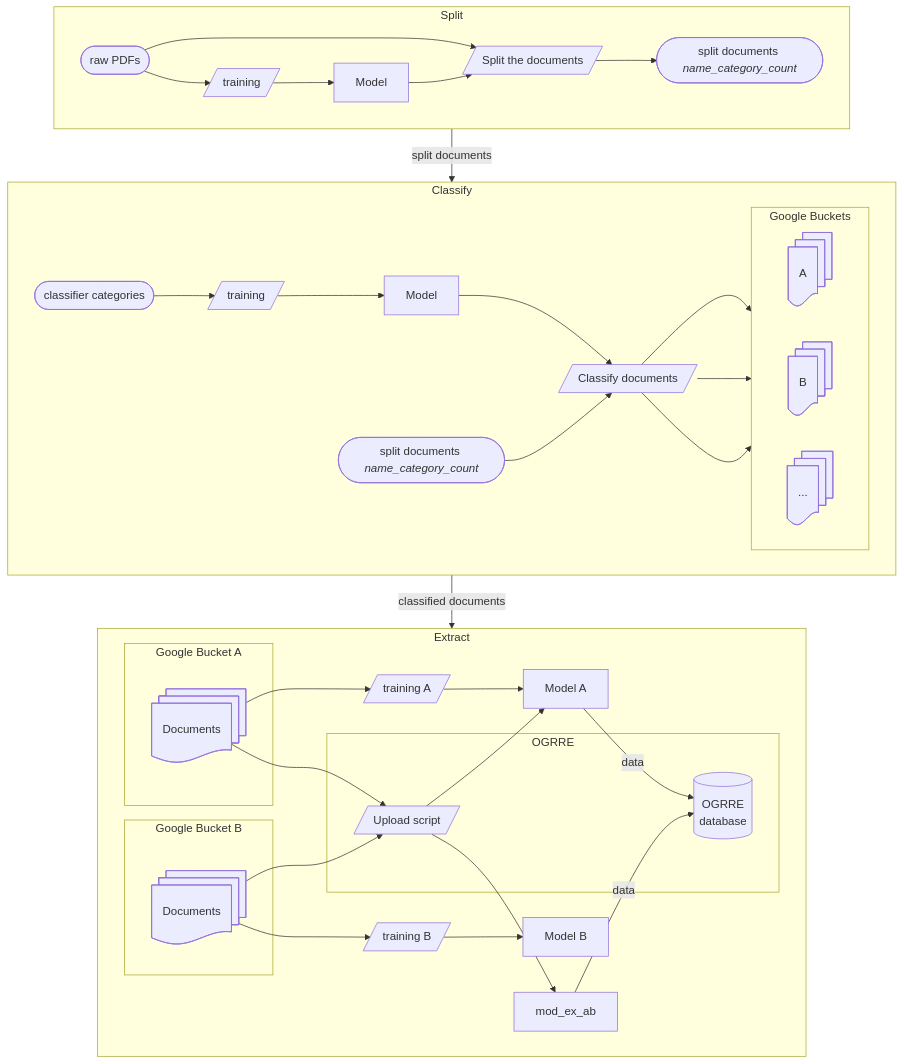
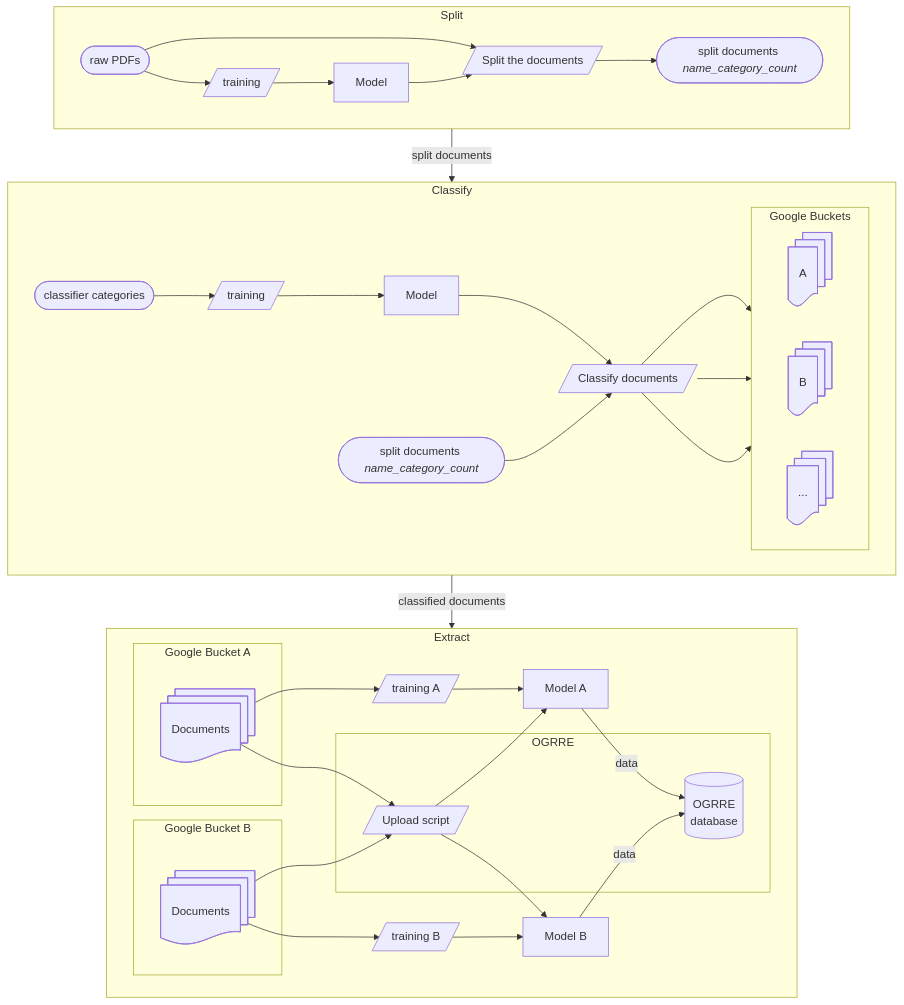
The diagram in docs/docs/processing.mdx (ltchong1/orphaned-wells-ui-doc), drawn with Mermaid before and after one commit. The commit also changed other lines of this file, not shown here.

````diff
--- a/docs/docs/processing.mdx
+++ b/docs/docs/processing.mdx
@@ -35,70 +35,70 @@
 ```mermaid
 flowchart TD
     subgraph Split
         direction LR
         doc_raw([raw PDFs])
         doc_split(["`split documents *name_category_count*`"])
         mod_split_m[Model]
         mod_split[/Split the documents/]
         mod_split_label[/training/]
 
         doc_raw --> mod_split_label --> mod_split_m
         doc_raw --> mod_split
         mod_split_m --> mod_split
         mod_split --> doc_split
     end
 
     subgraph Classify
         direction LR
         mod_class_cat([classifier categories])
         mod_class_train[/training/]
         mod_class_m[Model]
         doc_split2(["`split documents *name_category_count*`"])    
         mod_class[/Classify documents/]
 
         subgraph Google Buckets
             direction LR
             buck_ac@{ shape: docs, label: "A" }
             buck_bc@{ shape: docs, label: "B" }
             buck_dotc@{ shape: docs, label: "..." }
         end
 
         mod_class_cat --> mod_class_train
         mod_class_train --> mod_class_m
         mod_class_m --> mod_class
         doc_split2 --> mod_class
         mod_class --> buck_ac
         mod_class --> buck_bc
         mod_class --> buck_dotc
     end
 
 
     Split -- split documents --> Classify
 
     subgraph Extract
         direction LR
         subgraph Google Bucket A
             buck_a@{ shape: docs, label: "Documents" }
         end
         subgraph Google Bucket B
             buck_b@{ shape: docs, label: "Documents" }
         end
 
         mod_ex_train_a[/training A/]
         mod_ex_a[Model A]
         buck_a --> mod_ex_train_a --> mod_ex_a
 
         mod_ex_train_b[/training B/]
         mod_ex_b[Model B]
         buck_b --> mod_ex_train_b --> mod_ex_b
 
         subgraph OGRRE
            og_script[/Upload script/]
            og_db[("`OGRRE<br>database`")]
         end
         buck_a --> og_script --> mod_ex_a -- data --> og_db
-        buck_b --> og_script --> mod_ex_ab-- data --> og_db
+        buck_b --> og_script --> mod_ex_b-- data --> og_db
     end
 
     Classify -- classified documents --> Extract
 ```
````
